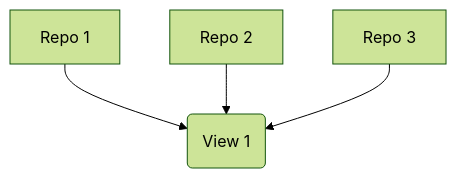
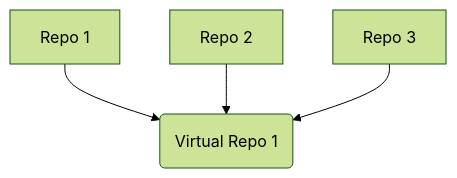
The first of 2 diagrams in content/getting_started/views.md (somedatapacket/docs.humio.com), drawn with Mermaid (forest theme) before and after one commit. The commit also changed other lines of this file and 1 other file, not shown here.

Commit message:
Start renaming to Virtual Repo

```diff
--- a/content/getting_started/views.md
+++ b/content/getting_started/views.md
@@ -24,6 +28,6 @@
 {{<mermaid align="center">}}
 graph TD;
-    A[Repo 1] --> B("View 1")
+    A[Repo 1] --> B("Virtual Repo 1")
     C[Repo 2] --> B
     D[Repo 3] --> B
 {{< /mermaid >}}
```
